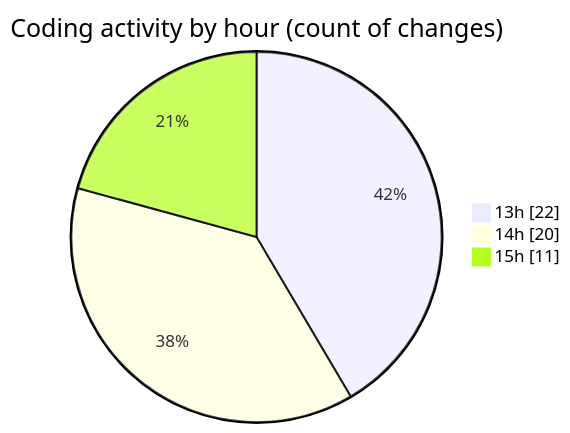
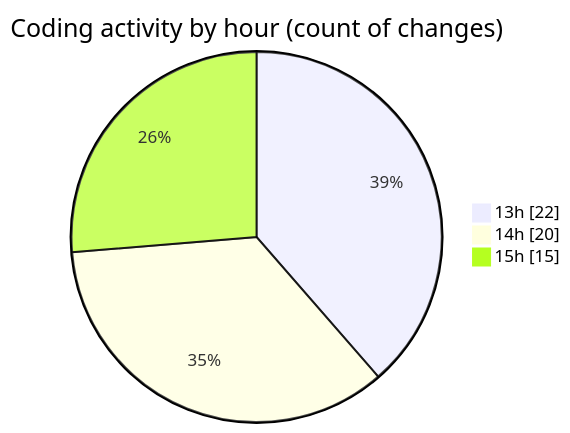
One commit to donsfak/code-tracking changed the second of 2 diagrams in 2025-02-24/drivers_app/README.md. Above: the diagram before and after it, drawn with Mermaid. The commit also changed other lines of this file and 1 other file, not shown here.

````diff
--- a/2025-02-24/drivers_app/README.md
+++ b/2025-02-24/drivers_app/README.md
@@ -38,7 +38,7 @@
 ```mermaid
 pie showData
 title Coding activity by hour (count of changes)
 "13h" : 22
 "14h" : 20
-"15h" : 11
+"15h" : 15
 ```
````
